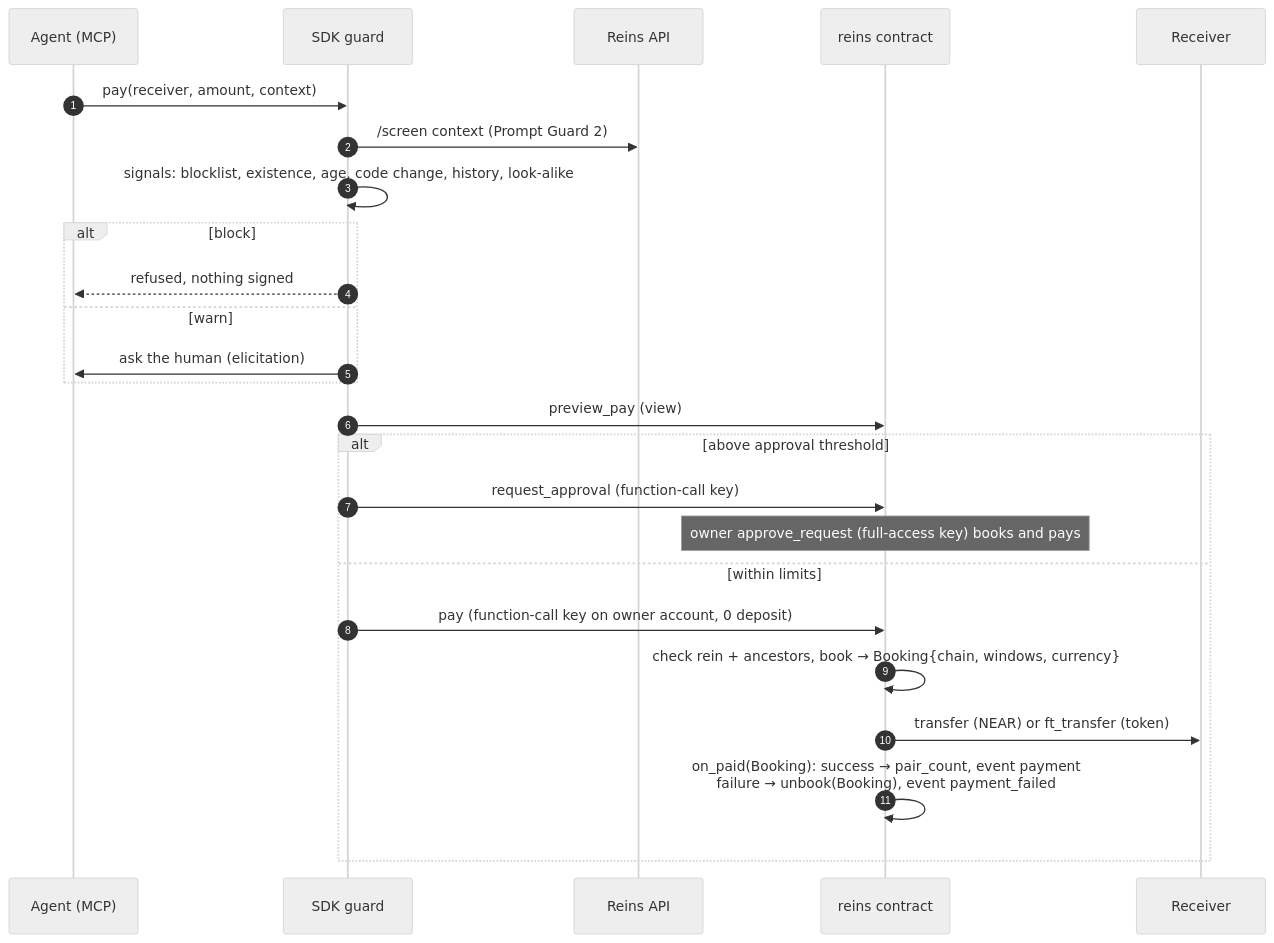
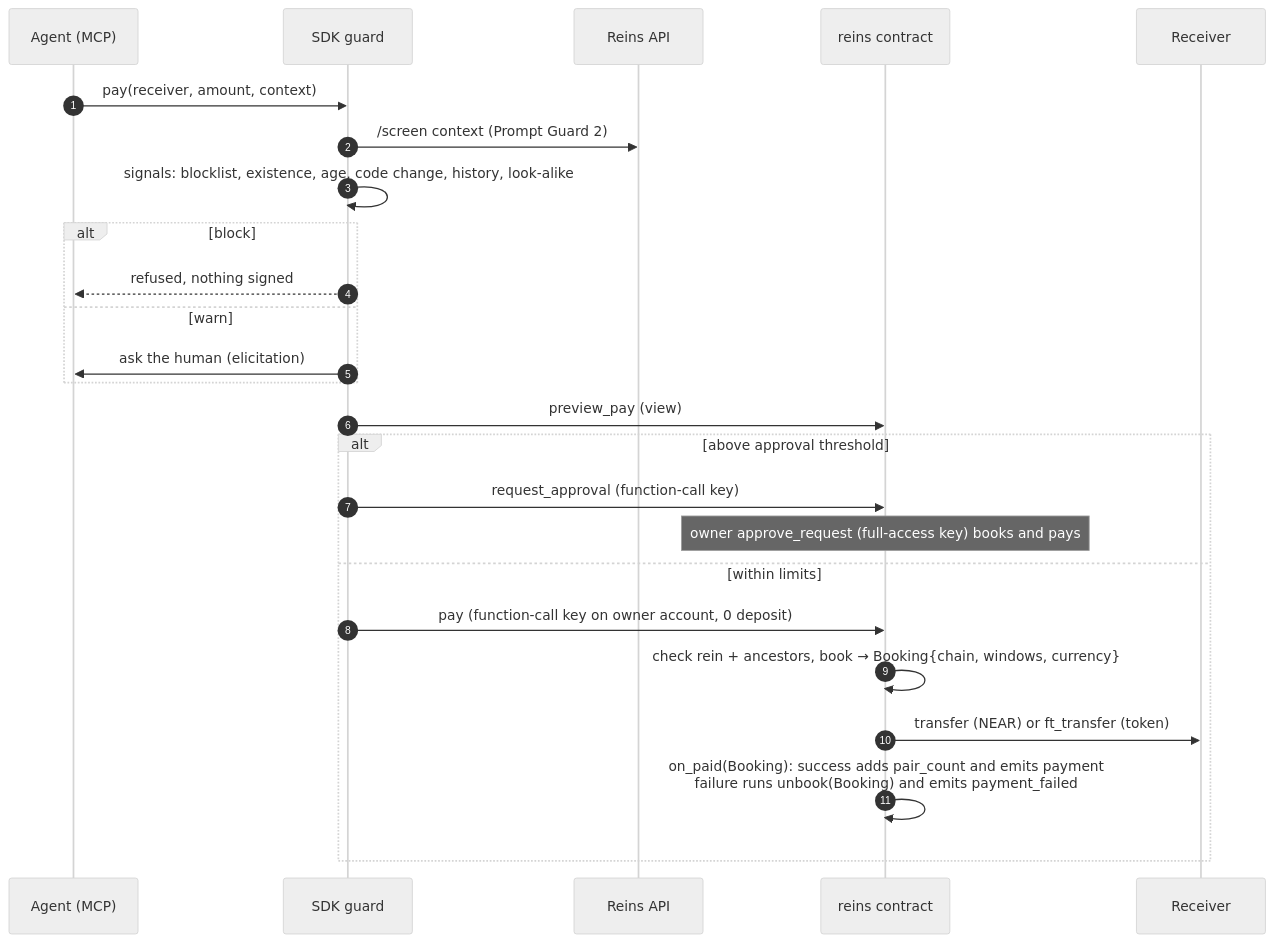
One commit to LSUDOKO/Reins changed the second of 3 diagrams in ARCHITECTURE.md. Above: the diagram before and after it, drawn with Mermaid (neutral theme). The commit also changed other lines of this file and 2 other files, not shown here.

Commit message:
Docs: Mermaid diagrams render on GitHub (quoted labels, no ; or #); README header is logo, tagline, badges, links, then banner

````diff
--- a/ARCHITECTURE.md
+++ b/ARCHITECTURE.md
@@ -65,27 +65,27 @@
 ```mermaid
 sequenceDiagram
   autonumber
   participant A as Agent (MCP)
   participant S as SDK guard
   participant API as Reins API
   participant C as reins contract
   participant R as Receiver
   A->>S: pay(receiver, amount, context)
   S->>API: /screen context (Prompt Guard 2)
   S->>S: signals: blocklist, existence, age, code change, history, look-alike
   alt block
     S-->>A: refused, nothing signed
   else warn
     S->>A: ask the human (elicitation)
   end
   S->>C: preview_pay (view)
   alt above approval threshold
     S->>C: request_approval (function-call key)
     Note over C: owner approve_request (full-access key) books and pays
   else within limits
     S->>C: pay (function-call key on owner account, 0 deposit)
     C->>C: check rein + ancestors, book → Booking{chain, windows, currency}
     C->>R: transfer (NEAR) or ft_transfer (token)
-    C->>C: on_paid(Booking): success → pair_count, event payment<br/>failure → unbook(Booking), event payment_failed
+    C->>C: on_paid(Booking): success adds pair_count and emits payment<br/>failure runs unbook(Booking) and emits payment_failed
   end
 ```
````
